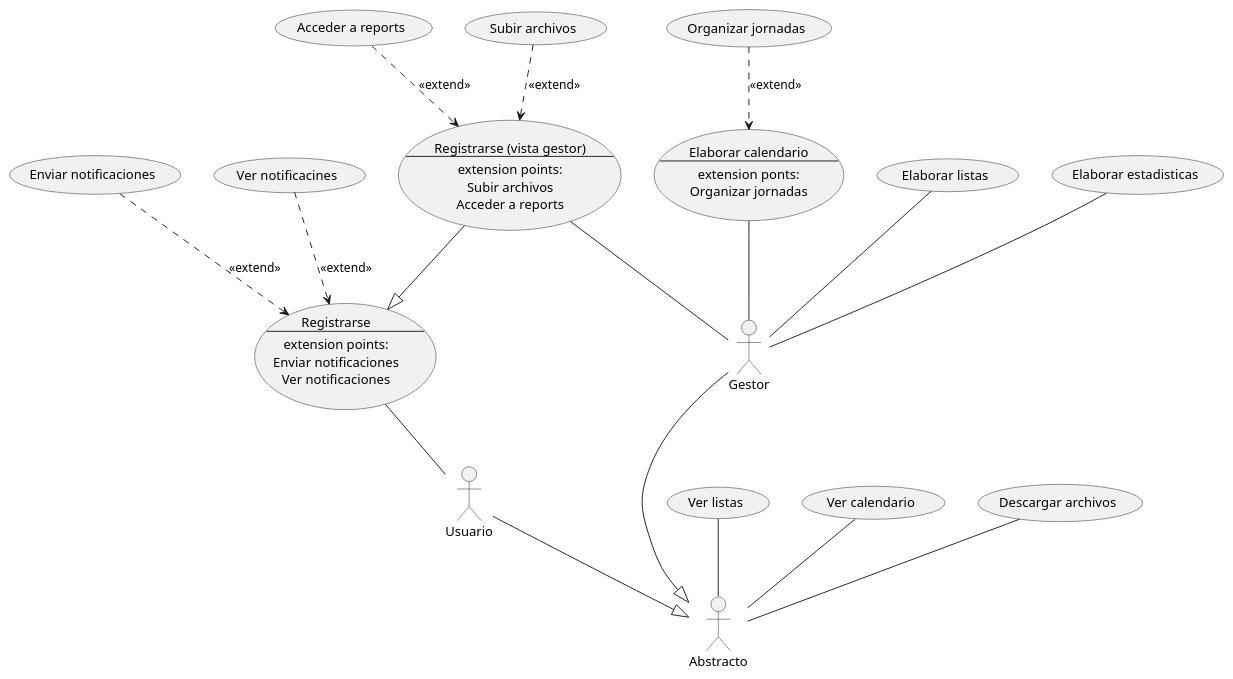
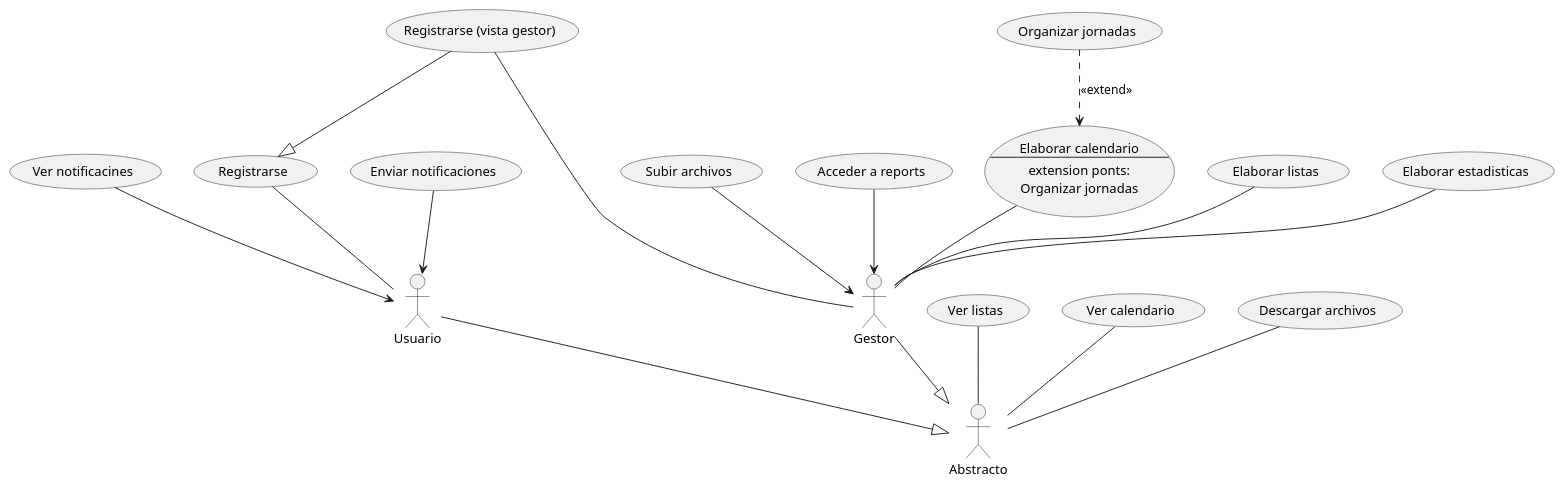
Before and after one commit to cgg734/INRE-UAL-MORADO-2022-2023: the diagram in lab0/source/Actividad0.puml, drawn with PlantUML.

Commit message:
Arreglo actividad 0

```diff
--- a/lab0/source/Actividad0.puml
+++ b/lab0/source/Actividad0.puml
@@ -1,35 +1,30 @@
 @startuml Actividad0
 actor Gestor
 actor Usuario
 actor Abstracto
 (Elaborar listas)--Gestor
 (Elaborar estadisticas)--Gestor
 usecase EC as "Elaborar calendario 
 --
  extension ponts: 
  Organizar jornadas"
  (EC)--Gestor
  (Organizar jornadas)..>(EC) : <<extend>>
  usecase Reg as "Registrarse
- --
- extension points:
- Enviar notificaciones
- Ver notificaciones"
+ "
  usecase RegG as "Registrarse (vista gestor)
- --
- extension points:
- Subir archivos
- Acceder a reports"
+ "
+ 
  Gestor--|>Abstracto
  Usuario--|>Abstracto
  (Ver listas)--Abstracto
  (Ver calendario)--Abstracto
  (Descargar archivos)--Abstracto
  (Reg)--Usuario
  (RegG)--Gestor
- (Subir archivos)..>RegG : <<extend>>
- (Acceder a reports)..>RegG : <<extend>>
+ (Subir archivos)-->Gestor
+ (Acceder a reports)-->Gestor 
 (RegG)--|>(Reg)
-(Enviar notificaciones)..>(Reg) : <<extend>>
-(Ver notificacines)..>(Reg) : <<extend>>
+(Enviar notificaciones)--> Usuario
+(Ver notificacines)-->Usuario 
 @enduml
```
